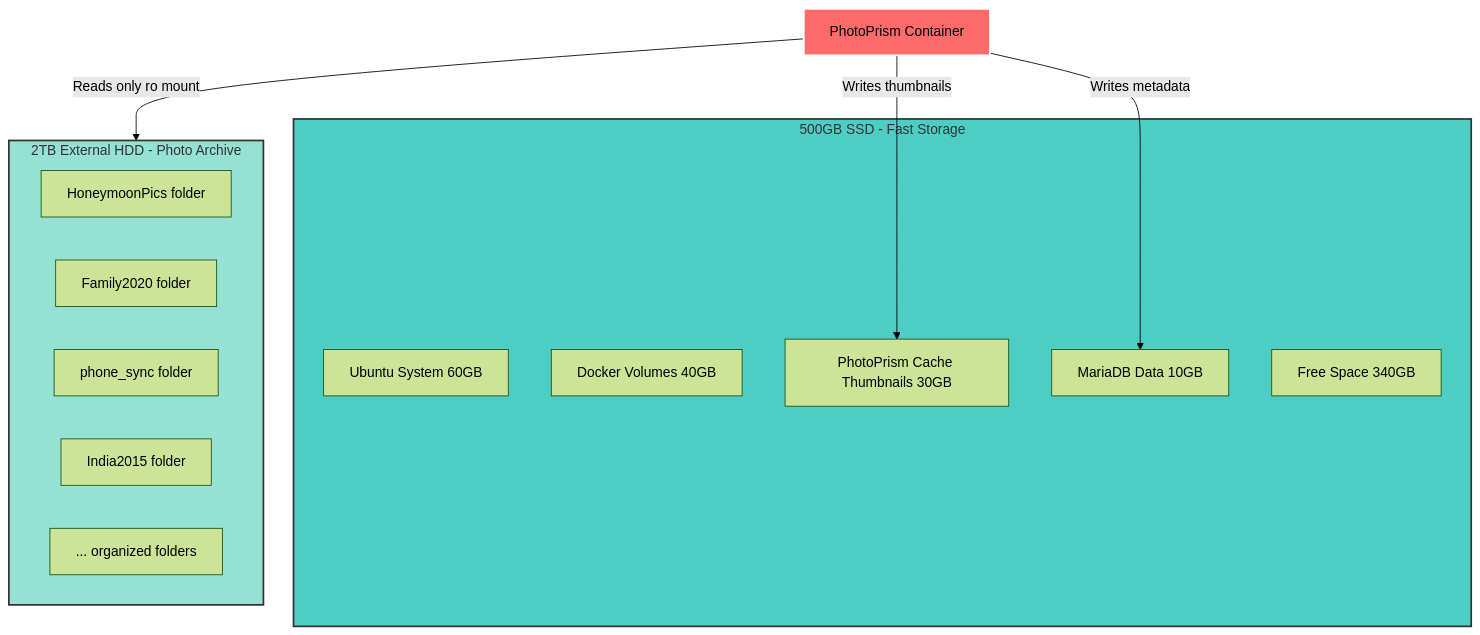
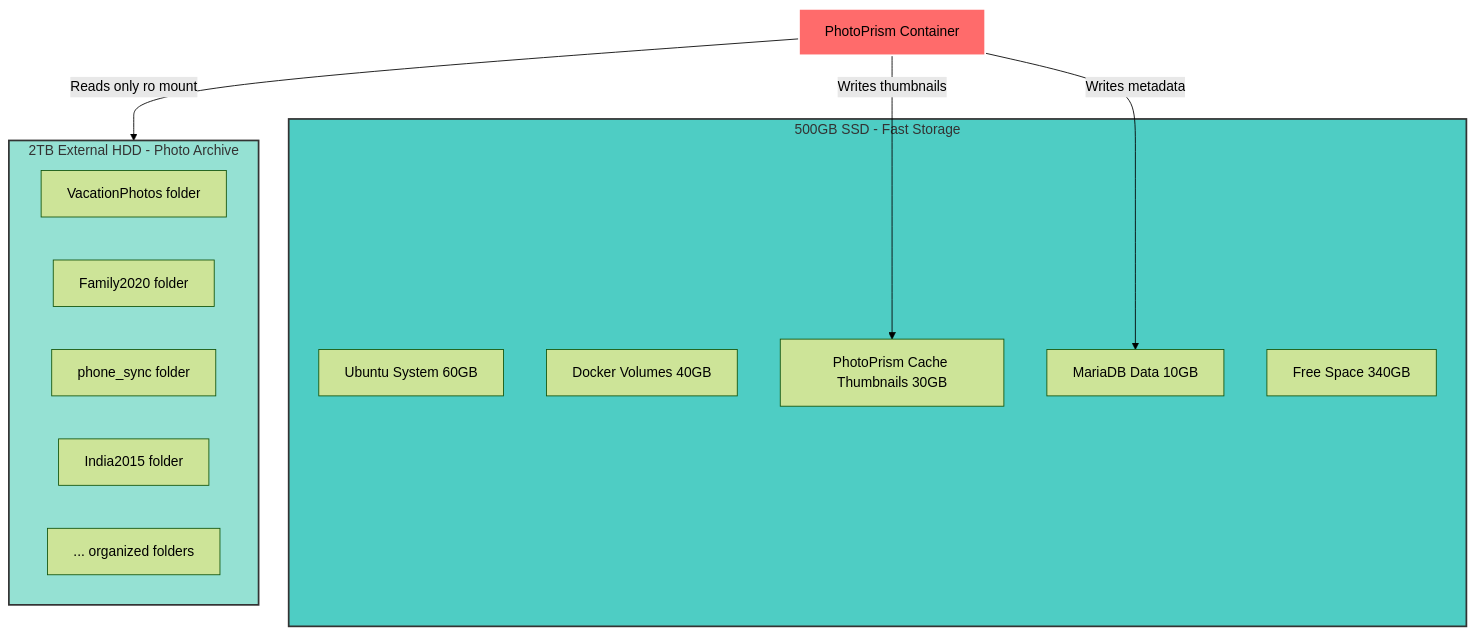
The sixth of 6 diagrams in src/homelab-setup/final-report.md (ZEPORATH/engineering-blogs), drawn with Mermaid (forest theme) before and after one commit. The commit also changed other lines of this file and 4 other files, not shown here.

````diff
--- a/src/homelab-setup/final-report.md
+++ b/src/homelab-setup/final-report.md
@@ -207,28 +207,28 @@
 ```mermaid
 flowchart TB
     PhotoPrism[PhotoPrism Container]
     
     subgraph SSD[500GB SSD - Fast Storage]
         S1[Ubuntu System 60GB]
         S2[Docker Volumes 40GB]
         S3[PhotoPrism Cache Thumbnails 30GB]
         S4[MariaDB Data 10GB]
         S5[Free Space 340GB]
     end
     
     subgraph HDD[2TB External HDD - Photo Archive]
-        H1[HoneymoonPics folder]
+        H1[VacationPhotos folder]
         H2[Family2020 folder]
         H3[phone_sync folder]
         H4[India2015 folder]
         H5[... organized folders]
     end
     
     PhotoPrism -->|Writes thumbnails| S3
     PhotoPrism -->|Writes metadata| S4
     PhotoPrism -->|Reads only ro mount| HDD
     
     style SSD fill:#4ECDC4,stroke:#333,stroke-width:2px
     style HDD fill:#95E1D3,stroke:#333,stroke-width:2px
     style PhotoPrism fill:#FF6B6B,stroke:#fff,stroke-width:2px
 ```
````
